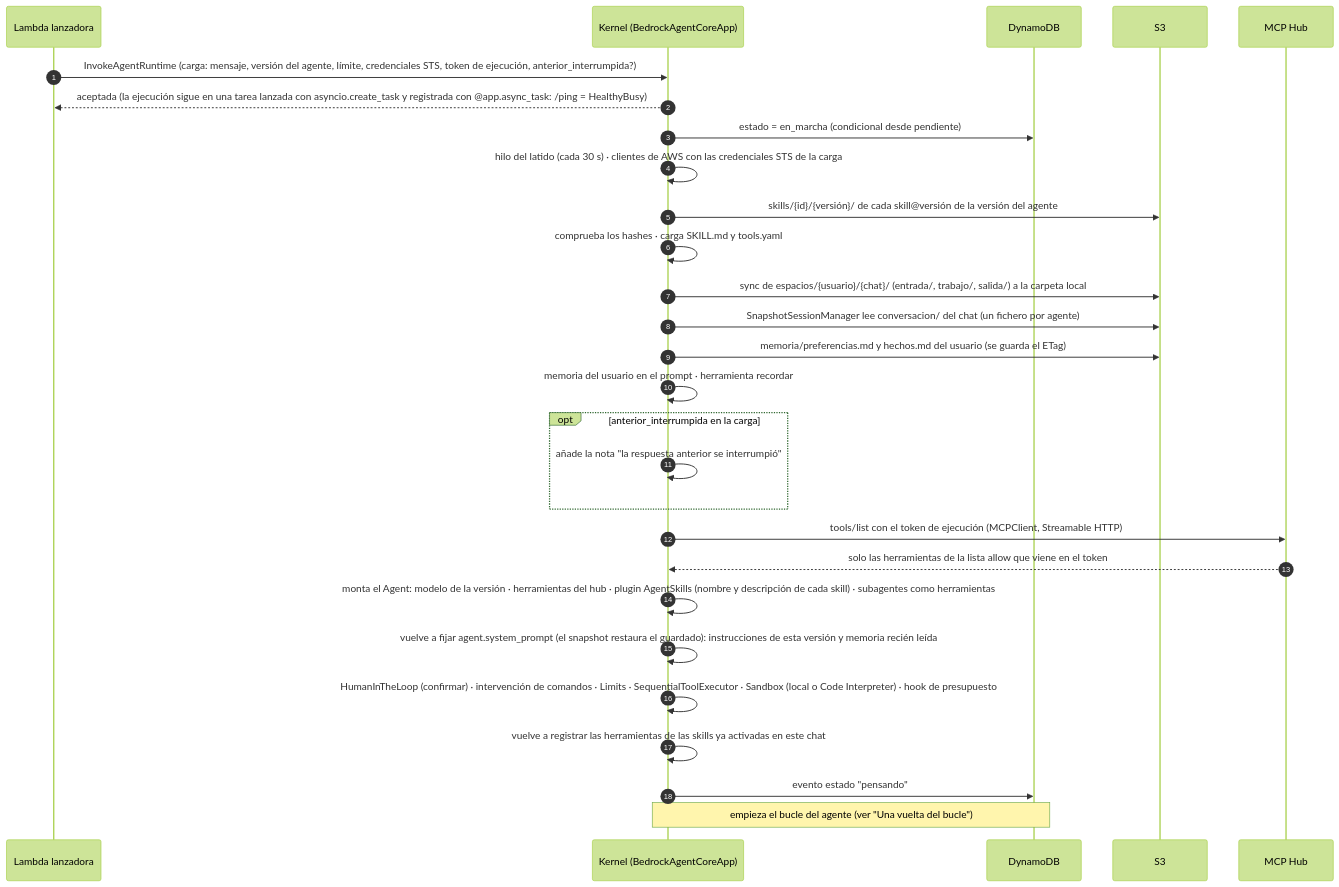
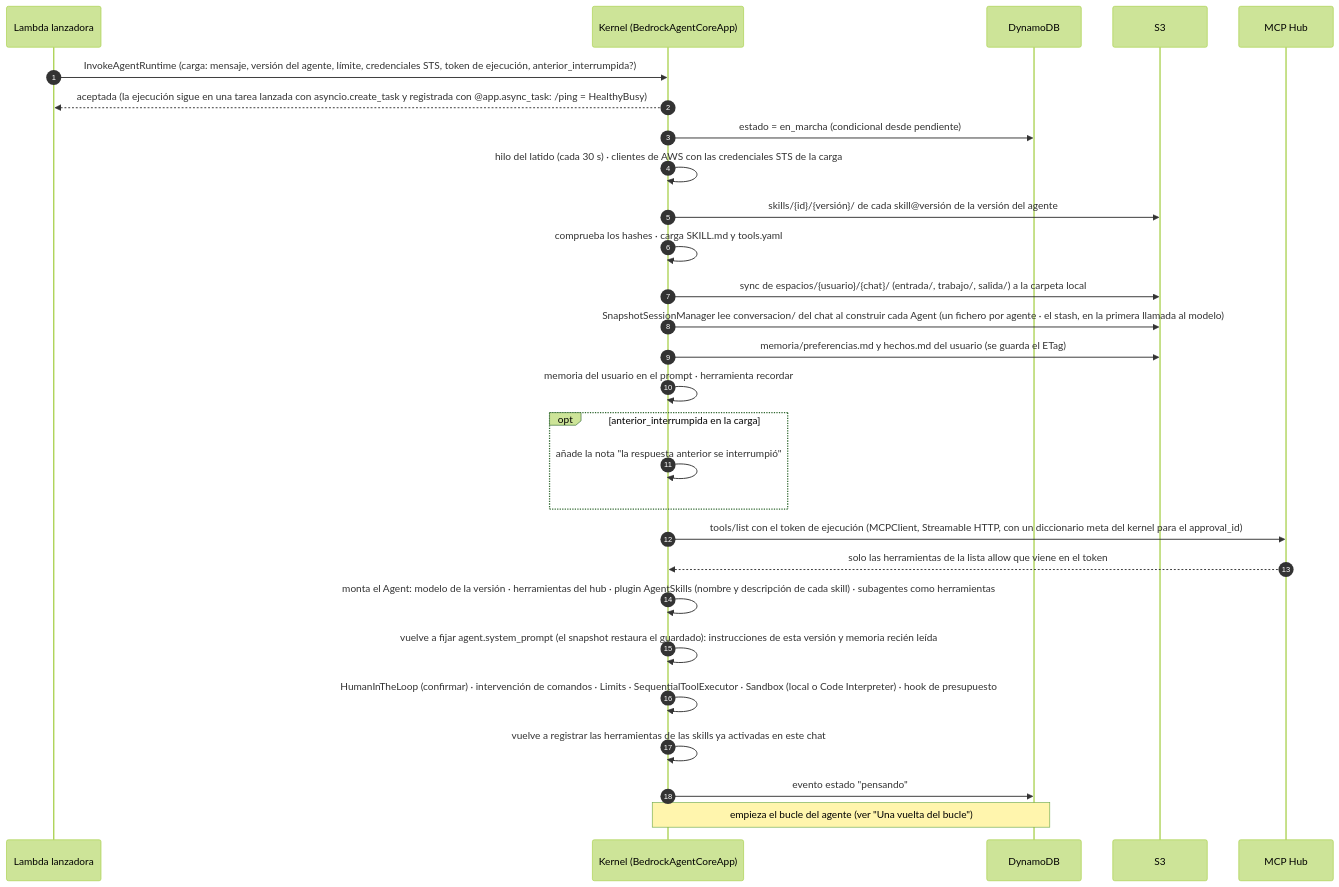
The second of 9 diagrams in docs/arquitectura-agentes.md (ikermendi/sample-agent-platform-with-agentcore), drawn with Mermaid (forest theme) before and after one commit. The commit also changed other lines of this file, not shown here.

First line of the commit message:
docs: revisión completa con los hechos verificados (66 correcciones)

````diff
--- a/docs/arquitectura-agentes.md
+++ b/docs/arquitectura-agentes.md
@@ -378,31 +379,31 @@
 ```mermaid
 sequenceDiagram
   autonumber
   participant L as Lambda lanzadora
   participant K as Kernel (BedrockAgentCoreApp)
   participant D as DynamoDB
   participant S3 as S3
   participant H as MCP Hub
 
   L->>K: InvokeAgentRuntime (carga: mensaje, versión del agente, límite, credenciales STS, token de ejecución, anterior_interrumpida?)
   K-->>L: aceptada (la ejecución sigue en una tarea lanzada con asyncio.create_task y registrada con @app.async_task: /ping = HealthyBusy)
   K->>D: estado = en_marcha (condicional desde pendiente)
   K->>K: hilo del latido (cada 30 s) · clientes de AWS con las credenciales STS de la carga
   K->>S3: skills/{id}/{versión}/ de cada skill@versión de la versión del agente
   K->>K: comprueba los hashes · carga SKILL.md y tools.yaml
   K->>S3: sync de espacios/{usuario}/{chat}/ (entrada/, trabajo/, salida/) a la carpeta local
-  K->>S3: SnapshotSessionManager lee conversacion/ del chat (un fichero por agente)
+  K->>S3: SnapshotSessionManager lee conversacion/ del chat al construir cada Agent (un fichero por agente · el stash, en la primera llamada al modelo)
   K->>S3: memoria/preferencias.md y hechos.md del usuario (se guarda el ETag)
   K->>K: memoria del usuario en el prompt · herramienta recordar
   opt anterior_interrumpida en la carga
     K->>K: añade la nota "la respuesta anterior se interrumpió"
   end
-  K->>H: tools/list con el token de ejecución (MCPClient, Streamable HTTP)
+  K->>H: tools/list con el token de ejecución (MCPClient, Streamable HTTP, con un diccionario meta del kernel para el approval_id)
   H-->>K: solo las herramientas de la lista allow que viene en el token
   K->>K: monta el Agent: modelo de la versión · herramientas del hub · plugin AgentSkills (nombre y descripción de cada skill) · subagentes como herramientas
   K->>K: vuelve a fijar agent.system_prompt (el snapshot restaura el guardado): instrucciones de esta versión y memoria recién leída
   K->>K: HumanInTheLoop (confirmar) · intervención de comandos · Limits · SequentialToolExecutor · Sandbox (local o Code Interpreter) · hook de presupuesto
   K->>K: vuelve a registrar las herramientas de las skills ya activadas en este chat
   K->>D: evento estado "pensando"
   Note over K,D: empieza el bucle del agente (ver "Una vuelta del bucle")
 ```
````
